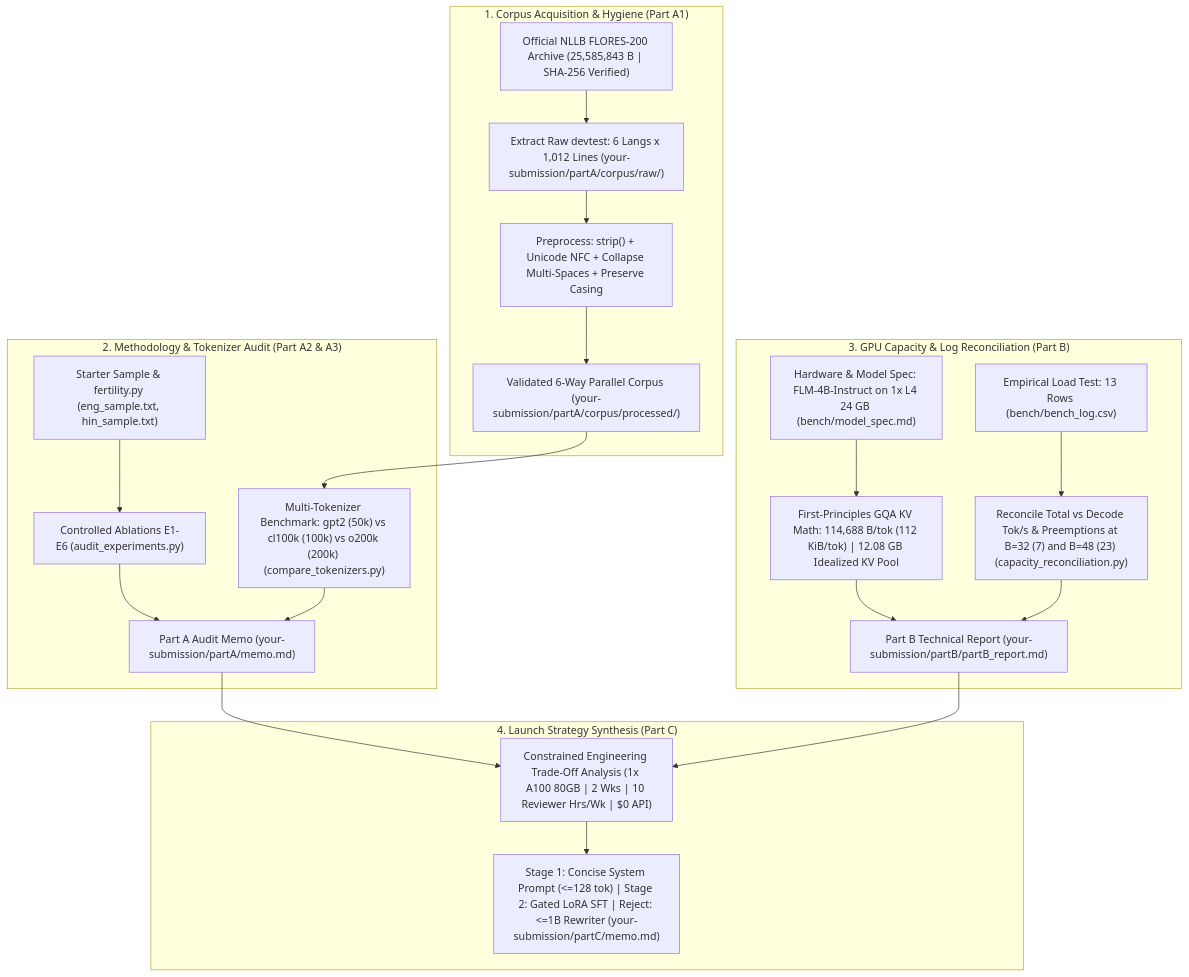
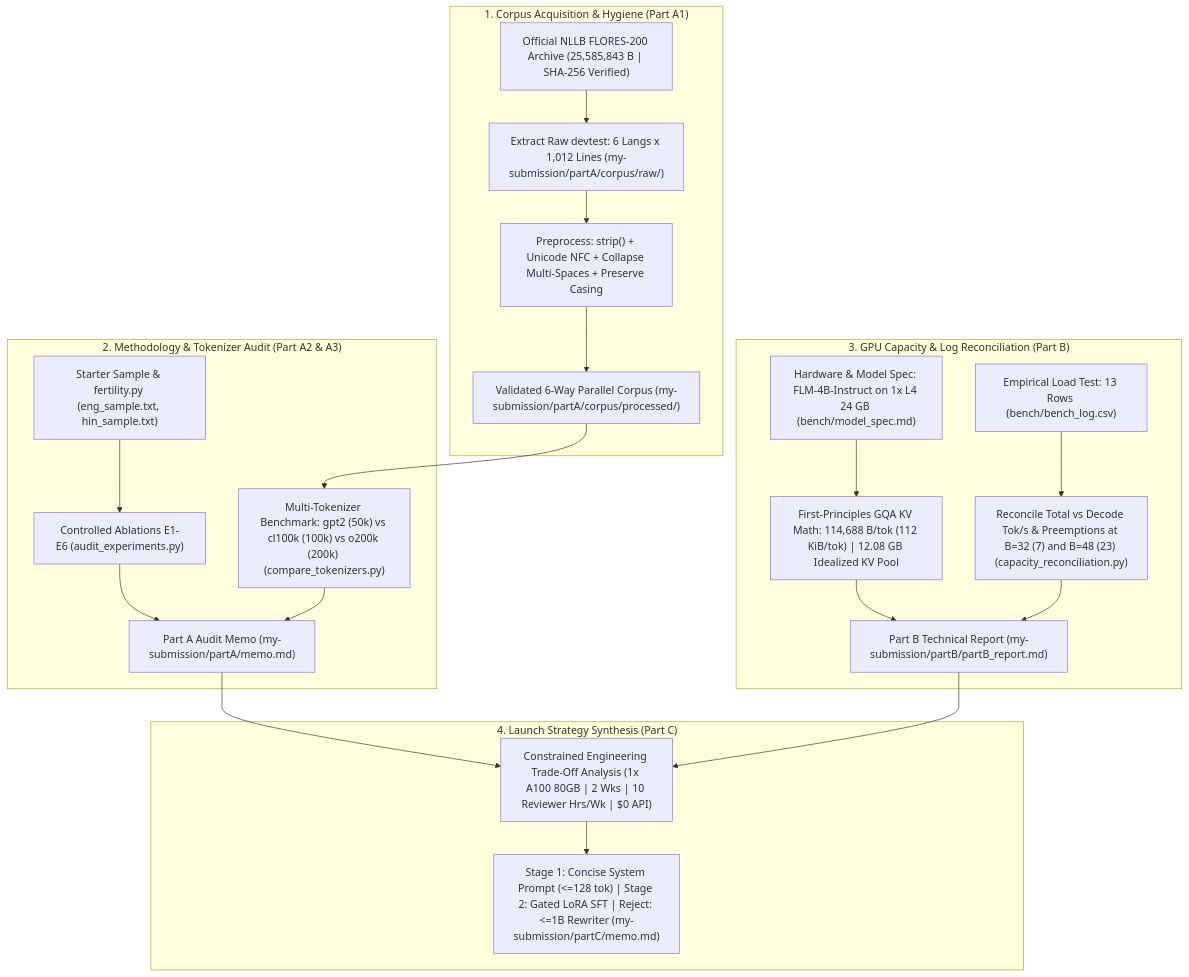
One commit to Sanat1427/flam-assign changed the first of 6 diagrams in README.md. Above: the diagram before and after it, drawn with Mermaid. The commit also changed other lines of this file, not shown here.

````diff
--- a/README.md
+++ b/README.md
@@ -119,25 +119,25 @@
 ```mermaid
 flowchart TD
     subgraph Phase1["1. Corpus Acquisition & Hygiene (Part A1)"]
-        A1["Official NLLB FLORES-200 Archive (25,585,843 B | SHA-256 Verified)"] --> A2["Extract Raw devtest: 6 Langs x 1,012 Lines (your-submission/partA/corpus/raw/)"]
+        A1["Official NLLB FLORES-200 Archive (25,585,843 B | SHA-256 Verified)"] --> A2["Extract Raw devtest: 6 Langs x 1,012 Lines (my-submission/partA/corpus/raw/)"]
         A2 --> A3["Preprocess: strip() + Unicode NFC + Collapse Multi-Spaces + Preserve Casing"]
-        A3 --> A4["Validated 6-Way Parallel Corpus (your-submission/partA/corpus/processed/)"]
+        A3 --> A4["Validated 6-Way Parallel Corpus (my-submission/partA/corpus/processed/)"]
     end
 
     subgraph Phase2["2. Methodology & Tokenizer Audit (Part A2 & A3)"]
         B1["Starter Sample & fertility.py (eng_sample.txt, hin_sample.txt)"] --> B2["Controlled Ablations E1-E6 (audit_experiments.py)"]
         A4 --> B3["Multi-Tokenizer Benchmark: gpt2 (50k) vs cl100k (100k) vs o200k (200k) (compare_tokenizers.py)"]
-        B2 & B3 --> B4["Part A Audit Memo (your-submission/partA/memo.md)"]
+        B2 & B3 --> B4["Part A Audit Memo (my-submission/partA/memo.md)"]
     end
 
     subgraph Phase3["3. GPU Capacity & Log Reconciliation (Part B)"]
         C1["Hardware & Model Spec: FLM-4B-Instruct on 1x L4 24 GB (bench/model_spec.md)"] --> C2["First-Principles GQA KV Math: 114,688 B/tok (112 KiB/tok) | 12.08 GB Idealized KV Pool"]
         C3["Empirical Load Test: 13 Rows (bench/bench_log.csv)"] --> C4["Reconcile Total vs Decode Tok/s & Preemptions at B=32 (7) and B=48 (23) (capacity_reconciliation.py)"]
-        C2 & C4 --> C5["Part B Technical Report (your-submission/partB/partB_report.md)"]
+        C2 & C4 --> C5["Part B Technical Report (my-submission/partB/partB_report.md)"]
     end
 
     subgraph Phase4["4. Launch Strategy Synthesis (Part C)"]
         B4 & C5 --> D1["Constrained Engineering Trade-Off Analysis (1x A100 80GB | 2 Wks | 10 Reviewer Hrs/Wk | $0 API)"]
-        D1 --> D2["Stage 1: Concise System Prompt (<=128 tok) | Stage 2: Gated LoRA SFT | Reject: <=1B Rewriter (your-submission/partC/memo.md)"]
+        D1 --> D2["Stage 1: Concise System Prompt (<=128 tok) | Stage 2: Gated LoRA SFT | Reject: <=1B Rewriter (my-submission/partC/memo.md)"]
     end
 ```
````
